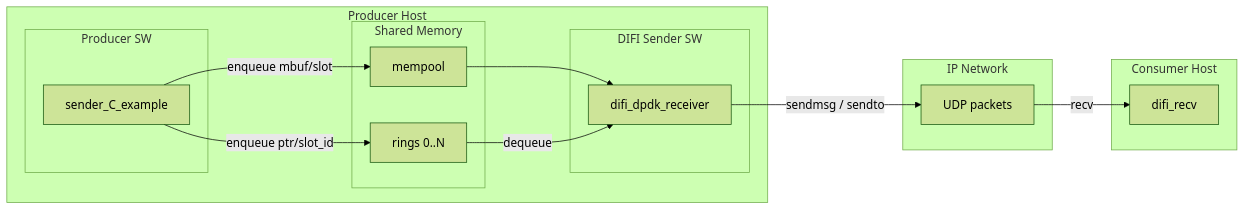
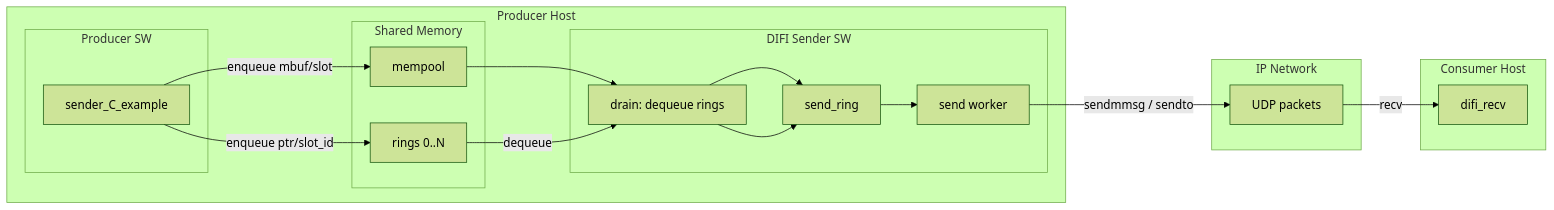
Before and after one commit to siot-marius-monton/DIFI_API: the first of 3 diagrams in docs/DIFI_IQ_Dataflow.md, drawn with Mermaid (forest theme). The commit also changed other lines of this file and 7 other files, not shown here.

Commit message:
fix: remove POSIX shm, use DPDK mempool only

````diff
--- a/docs/DIFI_IQ_Dataflow.md
+++ b/docs/DIFI_IQ_Dataflow.md
@@ -22,30 +22,35 @@
 ```mermaid
 flowchart LR
   subgraph producer_host [Producer Host]
     subgraph producer_sw [Producer SW]
       Sender[sender_C_example]
     end
     subgraph shared [Shared Memory]
       Mempool[mempool]
       Rings[rings 0..N]
     end
     subgraph difi_sw [DIFI Sender SW]
-      Receiver[difi_dpdk_receiver]
+      Drain[drain: dequeue rings]
+      SendRing[send_ring]
+      SendWorker[send worker]
+      Drain --> SendRing
+      SendRing --> SendWorker
     end
   end
 
   subgraph network [IP Network]
     UDP[UDP packets]
   end
 
   subgraph consumer_host [Consumer Host]
     DifiRecv[difi_recv]
   end
 
   Sender -->|"enqueue mbuf/slot"| Mempool
   Sender -->|"enqueue ptr/slot_id"| Rings
-  Mempool --> Receiver
-  Rings -->|"dequeue"| Receiver
-  Receiver -->|"sendmsg / sendto"| UDP
+  Mempool --> Drain
+  Rings -->|"dequeue"| Drain
+  Drain --> SendRing
+  SendWorker -->|"sendmmsg / sendto"| UDP
   UDP -->|"recv"| DifiRecv
 ```
````
